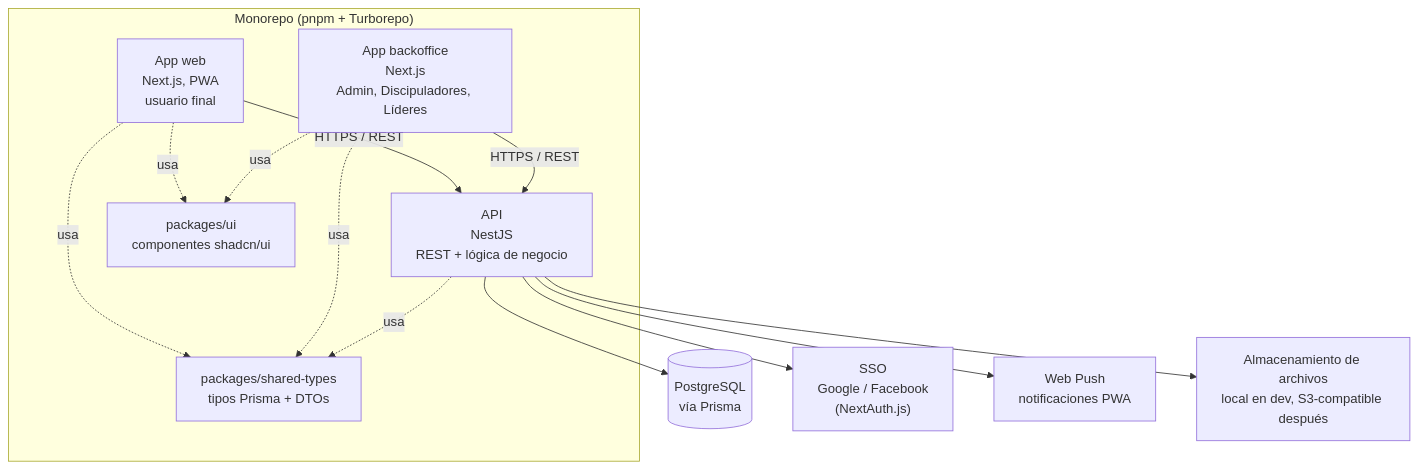
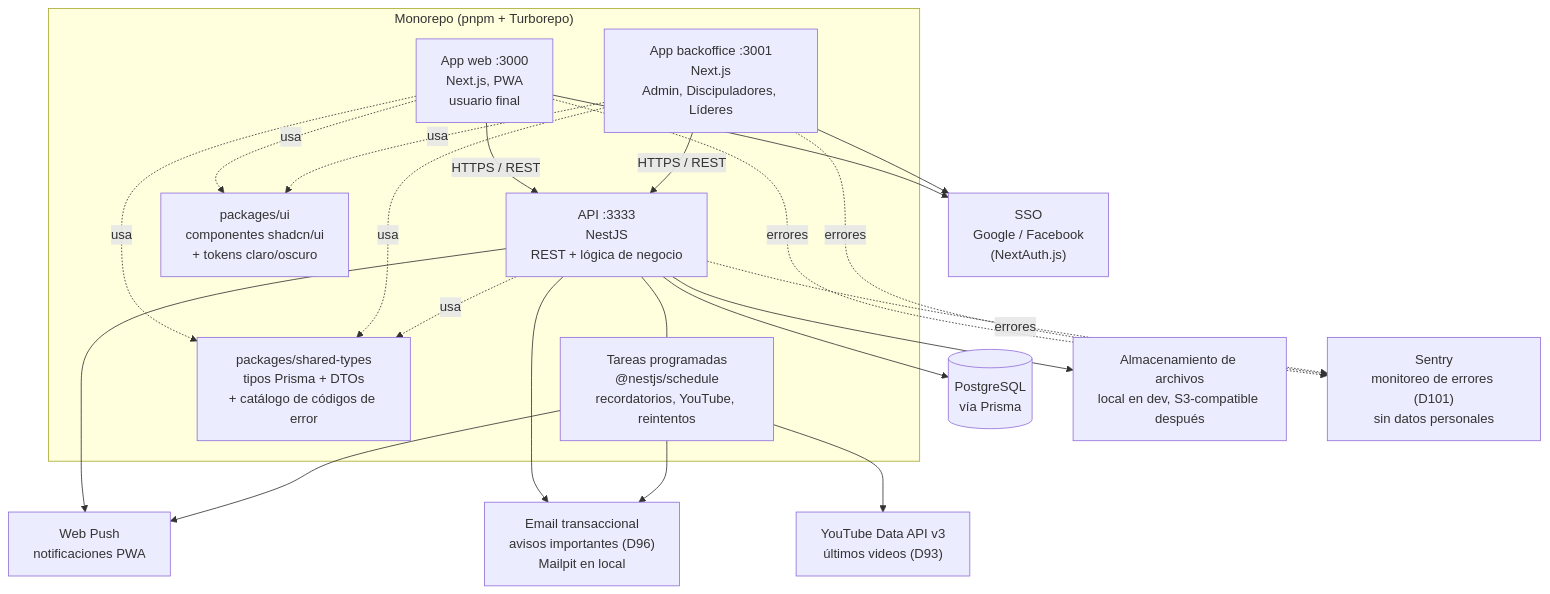
The diagram in docs/diagrama-arquitectura.mermaid (EchuSosa/vida-sobrenatural), drawn with Mermaid before and after one commit. The commit also changed 17 other files, not shown here.

```diff
--- a/docs/diagrama-arquitectura.mermaid
+++ b/docs/diagrama-arquitectura.mermaid
@@ -1,26 +1,40 @@
 graph TD
     subgraph Monorepo["Monorepo (pnpm + Turborepo)"]
-        WEB["App web<br/>Next.js, PWA<br/>usuario final"]
-        BACKOFFICE["App backoffice<br/>Next.js<br/>Admin, Discipuladores, Líderes"]
-        API["API<br/>NestJS<br/>REST + lógica de negocio"]
-        SHARED["packages/shared-types<br/>tipos Prisma + DTOs"]
-        UI["packages/ui<br/>componentes shadcn/ui"]
+        WEB["App web :3000<br/>Next.js, PWA<br/>usuario final"]
+        BACKOFFICE["App backoffice :3001<br/>Next.js<br/>Admin, Discipuladores, Líderes"]
+        API["API :3333<br/>NestJS<br/>REST + lógica de negocio"]
+        JOBS["Tareas programadas<br/>@nestjs/schedule<br/>recordatorios, YouTube, reintentos"]
+        SHARED["packages/shared-types<br/>tipos Prisma + DTOs<br/>+ catálogo de códigos de error"]
+        UI["packages/ui<br/>componentes shadcn/ui<br/>+ tokens claro/oscuro"]
     end
 
     DB[("PostgreSQL<br/>vía Prisma")]
     SSO["SSO<br/>Google / Facebook<br/>(NextAuth.js)"]
     PUSH["Web Push<br/>notificaciones PWA"]
+    EMAIL["Email transaccional<br/>avisos importantes (D96)<br/>Mailpit en local"]
     STORAGE["Almacenamiento de archivos<br/>local en dev, S3-compatible después"]
+    YOUTUBE["YouTube Data API v3<br/>últimos videos (D93)"]
+    SENTRY["Sentry<br/>monitoreo de errores (D101)<br/>sin datos personales"]
 
     WEB -->|HTTPS / REST| API
     BACKOFFICE -->|HTTPS / REST| API
+    WEB --> SSO
+    BACKOFFICE --> SSO
     API --> DB
-    API --> SSO
     API --> PUSH
+    API --> EMAIL
     API --> STORAGE
+    API --- JOBS
+    JOBS --> YOUTUBE
+    JOBS --> PUSH
+    JOBS --> EMAIL
+
+    WEB -.errores.-> SENTRY
+    BACKOFFICE -.errores.-> SENTRY
+    API -.errores.-> SENTRY
 
     WEB -.usa.-> SHARED
     BACKOFFICE -.usa.-> SHARED
     API -.usa.-> SHARED
     WEB -.usa.-> UI
     BACKOFFICE -.usa.-> UI
```
